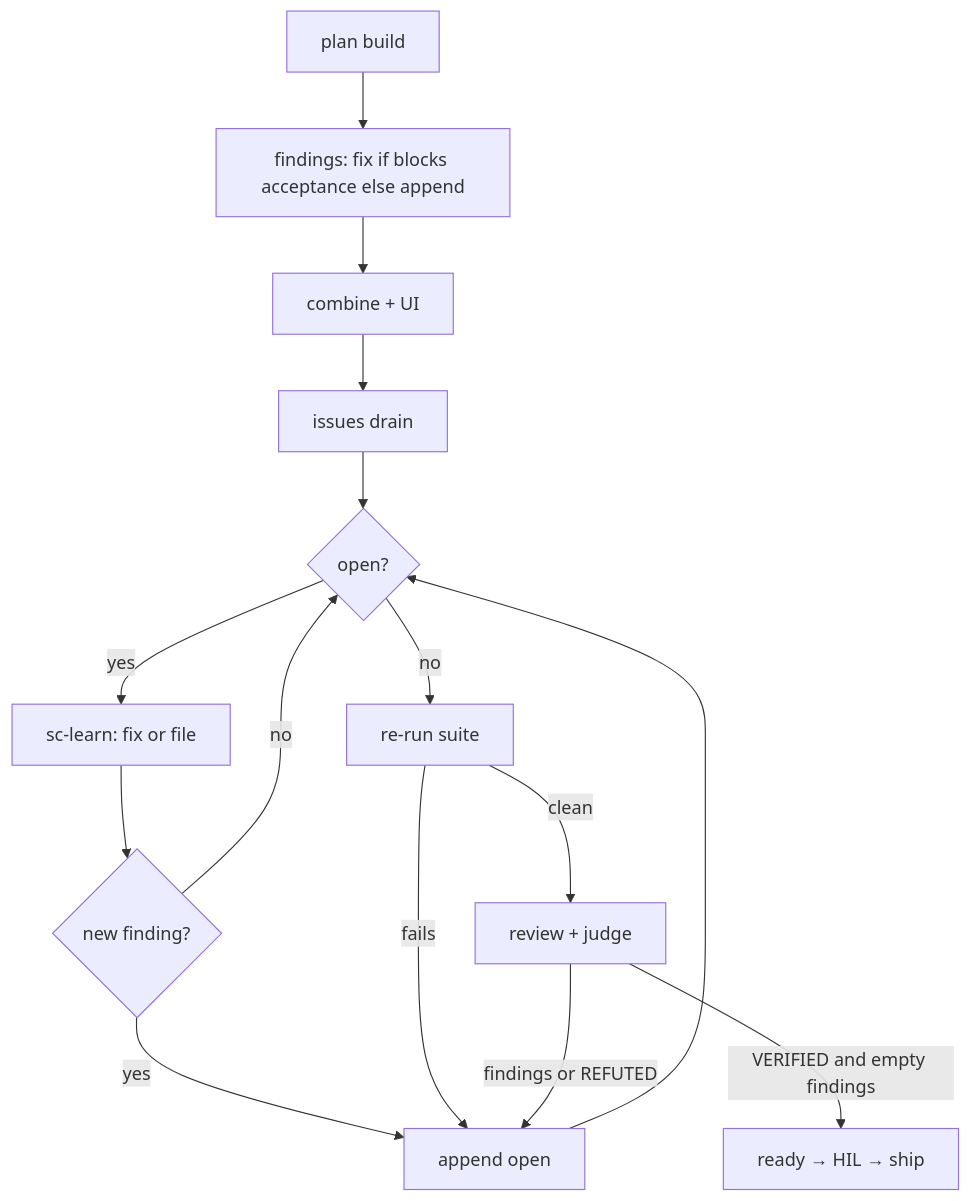
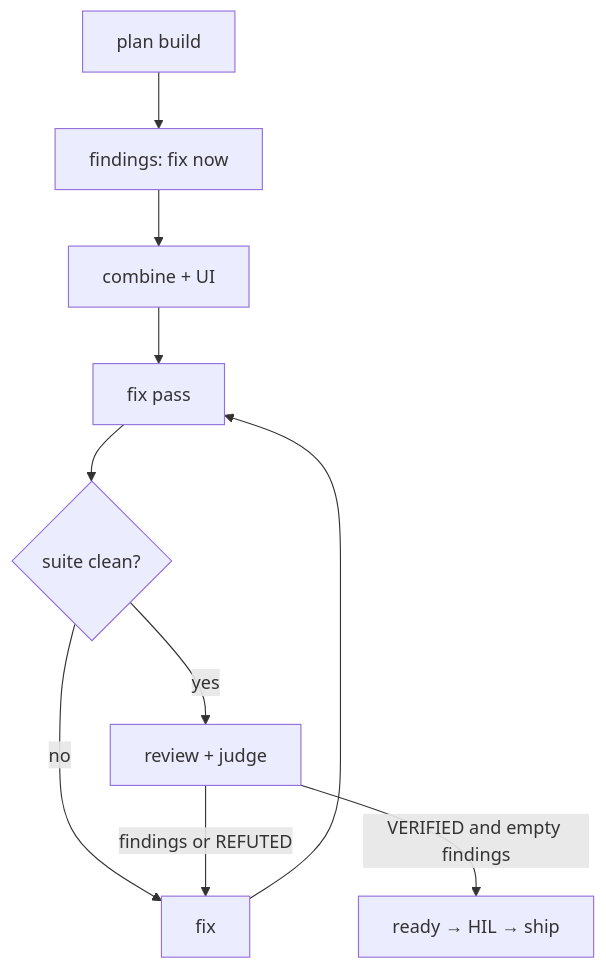
One commit to xiivthx/spacecraft changed the diagram in .cursor/skills/sc-run/SKILL.md. Above: the diagram before and after it, drawn with Mermaid. The commit also changed other lines of this file and 34 other files, not shown here.

````diff
--- a/.cursor/skills/sc-run/SKILL.md
+++ b/.cursor/skills/sc-run/SKILL.md
@@ -94,17 +89,12 @@
 ```mermaid
 flowchart TD
-  A["plan build"] --> B["findings: fix if blocks acceptance else append"]
+  A["plan build"] --> B["findings: fix now"]
   B --> C["combine + UI"]
-  C --> D["issues drain"]
-  D --> E{"open?"}
-  E -->|yes| F["sc-learn: fix or file"]
-  F --> G{"new finding?"}
-  G -->|yes| H["append open"]
-  H --> E
-  G -->|no| E
-  E -->|no| I["re-run suite"]
-  I -->|fails| H
-  I -->|clean| J["review + judge"]
-  J -->|findings or REFUTED| H
+  C --> D["fix pass"]
+  D --> E{"suite clean?"}
+  E -->|no| F["fix"]
+  F --> D
+  E -->|yes| J["review + judge"]
+  J -->|findings or REFUTED| F
   J -->|VERIFIED and empty findings| K["ready → HIL → ship"]
 ```
````
